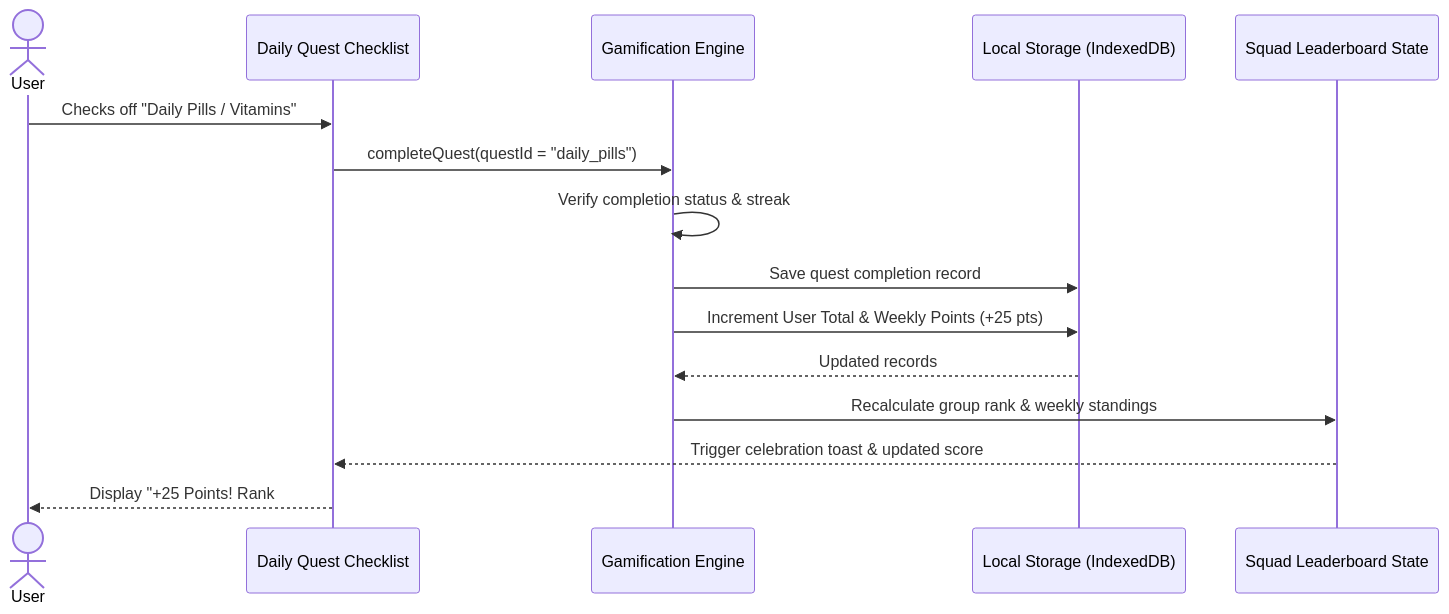
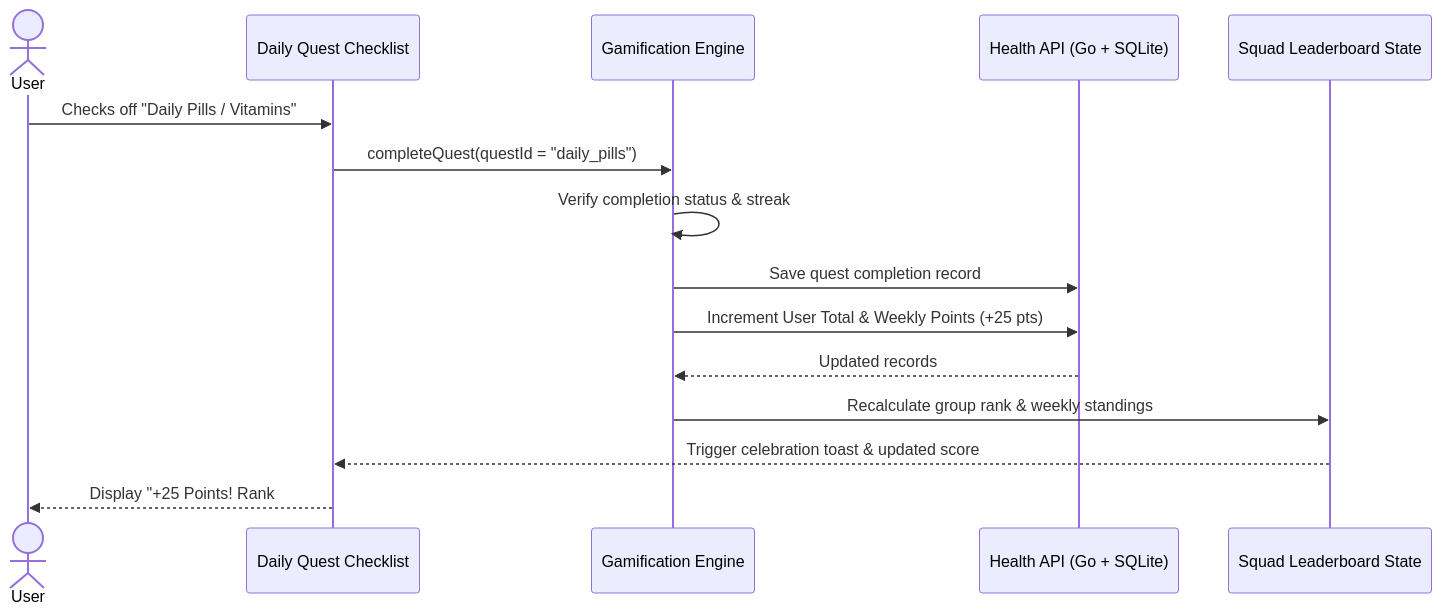
The fourth of 5 diagrams in docs/clankers/implementation-plan.md (yavidor/health-app), drawn with Mermaid before and after one commit. The commit also changed other lines of this file and 87 other files, not shown here.

````diff
--- a/docs/clankers/implementation-plan.md
+++ b/docs/clankers/implementation-plan.md
@@ -189,18 +189,18 @@
 ```mermaid
 sequenceDiagram
     actor User
     participant UI as Daily Quest Checklist
     participant Engine as Gamification Engine
-    participant DB as Local Storage (IndexedDB)
+    participant DB as Health API (Go + SQLite)
     participant Board as Squad Leaderboard State
 
     User->>UI: Checks off "Daily Pills / Vitamins"
     UI->>Engine: completeQuest(questId = "daily_pills")
     Engine->>Engine: Verify completion status & streak
     Engine->>DB: Save quest completion record
     Engine->>DB: Increment User Total & Weekly Points (+25 pts)
     DB-->>Engine: Updated records
     Engine->>Board: Recalculate group rank & weekly standings
     Board-->>UI: Trigger celebration toast & updated score
     UI-->>User: Display "+25 Points! Rank #2 in Squad"
 ```
````
